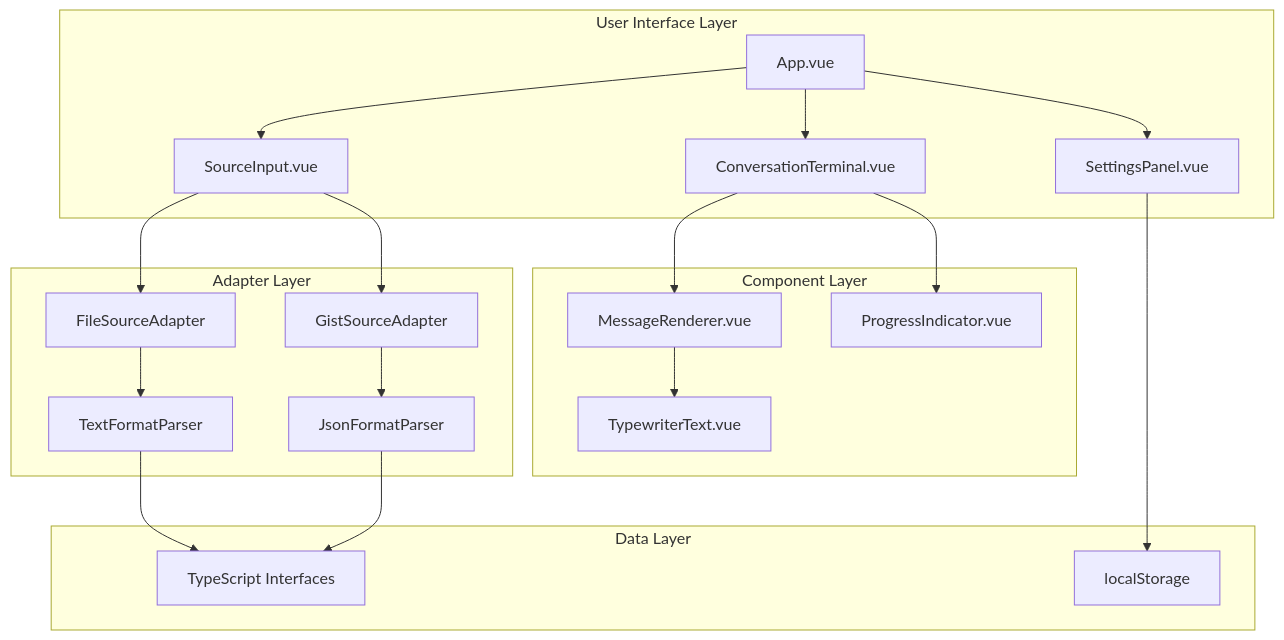
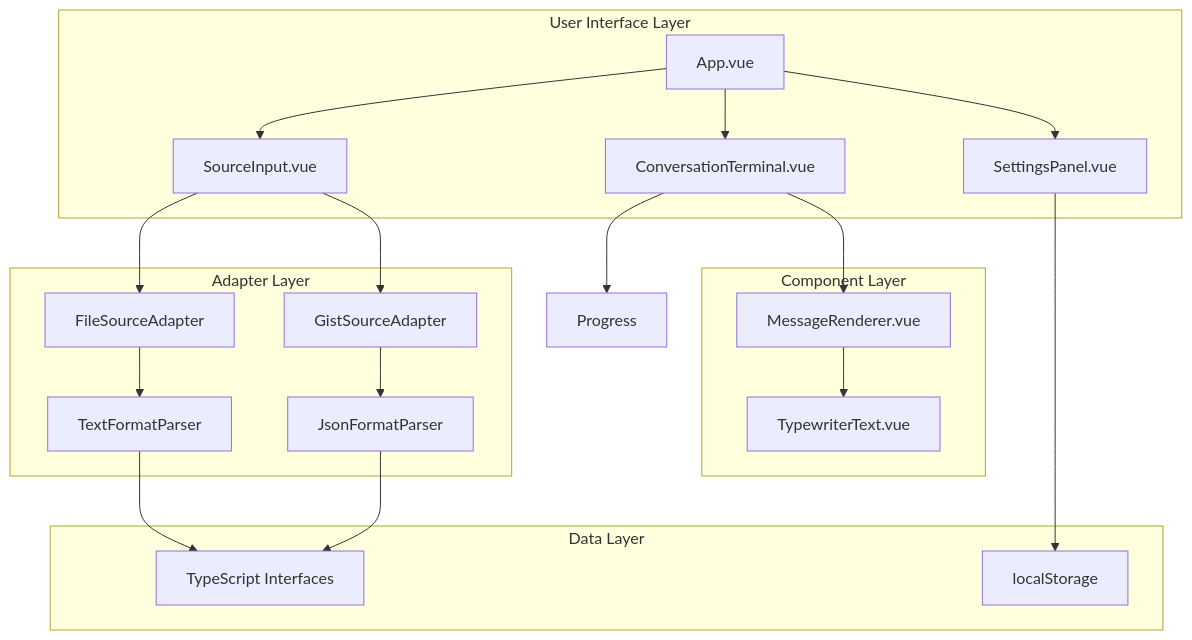
One commit to mrsimpson/rpl changed the first of 8 diagrams in ARCHITECTURE.md. Above: the diagram before and after it, drawn with Mermaid. The commit also changed 35 other files, not shown here.

````diff
--- a/ARCHITECTURE.md
+++ b/ARCHITECTURE.md
@@ -23,41 +23,40 @@
 ```mermaid
 graph TB
     subgraph "User Interface Layer"
         App[App.vue]
         Terminal[ConversationTerminal.vue]
         Settings[SettingsPanel.vue]
         Source[SourceInput.vue]
     end
     
     subgraph "Component Layer"
         Message[MessageRenderer.vue]
         Typewriter[TypewriterText.vue]
-        Progress[ProgressIndicator.vue]
     end
     
     subgraph "Adapter Layer"
         FileAdapter[FileSourceAdapter]
         GistAdapter[GistSourceAdapter]
         TextParser[TextFormatParser]
         JsonParser[JsonFormatParser]
     end
     
     subgraph "Data Layer"
         Types[TypeScript Interfaces]
         Storage[localStorage]
     end
     
     App --> Terminal
     App --> Settings
     App --> Source
     Terminal --> Message
     Message --> Typewriter
     Terminal --> Progress
     Source --> FileAdapter
     Source --> GistAdapter
     FileAdapter --> TextParser
     GistAdapter --> JsonParser
     TextParser --> Types
     JsonParser --> Types
     Settings --> Storage
 ```
````
